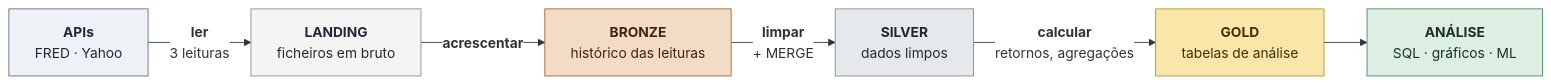
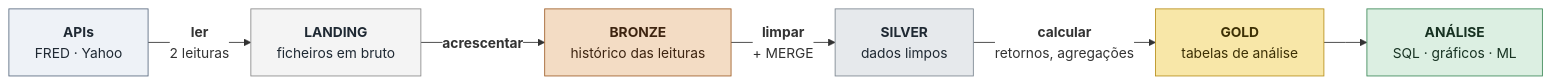
One commit to SandraLurdes/Projecto-ABD changed the diagram in img/arquitetura_medallion.mmd. Above: the diagram before and after it, drawn with Mermaid. The commit also changed 10 other files, not shown here.

```diff
--- a/img/arquitetura_medallion.mmd
+++ b/img/arquitetura_medallion.mmd
@@ -1,39 +1,39 @@
 ---
 config:
   flowchart:
     htmlLabels: true
     useMaxWidth: false
     wrappingWidth: 300
     nodeSpacing: 30
     rankSpacing: 50
     curve: linear
   themeVariables:
     edgeLabelBackground: "#ffffff"
   themeCSS: ".edgeLabel { font-style: italic; color: #4a5560; font-size: 14px; } .edgeLabel p, .edgeLabel span { padding: 0 5px; }"
 ---
 flowchart LR
     APIS["<b>APIs</b><br/>FRED · Yahoo"]
     LANDING["<b>LANDING</b><br/>ficheiros em bruto"]
     BRONZE["<b>BRONZE</b><br/>histórico das leituras"]
     SILVER["<b>SILVER</b><br/>dados limpos"]
     GOLD["<b>GOLD</b><br/>tabelas de análise"]
     ANALISE["<b>ANÁLISE</b><br/>SQL · gráficos · ML"]
 
-    APIS -- "<b>ler</b><br/>3 leituras" --> LANDING
+    APIS -- "<b>ler</b><br/>2 leituras" --> LANDING
     LANDING -- "<b>acrescentar</b>" --> BRONZE
     BRONZE -- "<b>limpar</b><br/>+ MERGE" --> SILVER
     SILVER -- "<b>calcular</b><br/>retornos, agregações" --> GOLD
     GOLD --> ANALISE
 
     classDef fonte fill:#eef2f7,stroke:#5b6b80,color:#1f2933
     classDef landing fill:#f4f4f4,stroke:#8a8a8a,color:#1f2933
     classDef bronze fill:#f3dcc4,stroke:#a0612b,color:#3d2410
     classDef silver fill:#e6e9ec,stroke:#7d8791,color:#1f2933
     classDef gold fill:#f8e7a8,stroke:#b8901c,color:#3d3005
     classDef analise fill:#dcefe2,stroke:#3f8a5a,color:#173222
     class APIS fonte
     class LANDING landing
     class BRONZE bronze
     class SILVER silver
     class GOLD gold
     class ANALISE analise
```
